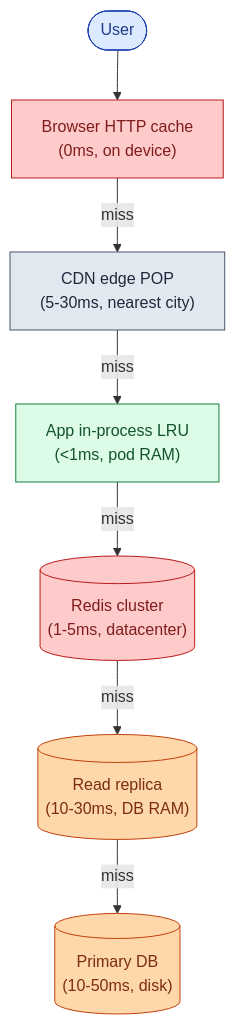
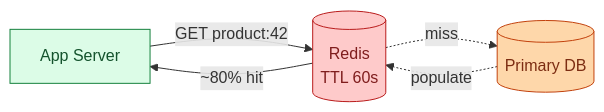
Before and after one commit to shiningflash/shiningflash.github.io: the second of 23 diagrams in _practice/system-design/017-read-heavy-patterns.md, drawn with Mermaid. The commit also changed other lines of this file and 18 other files, not shown here.

````diff
--- a/_practice/system-design/017-read-heavy-patterns.md
+++ b/_practice/system-design/017-read-heavy-patterns.md
@@ -77,15 +61,11 @@
 ```mermaid
-flowchart TD
-    R([User]):::user --> B["Browser HTTP cache<br/>(0ms, on device)"]:::cache
-    B -->|miss| C["CDN edge POP<br/>(5-30ms, nearest city)"]:::edge
-    C -->|miss| L["App in-process LRU<br/>(&lt;1ms, pod RAM)"]:::app
-    L -->|miss| Redis[("Redis cluster<br/>(1-5ms, datacenter)")]:::cache
-    Redis -->|miss| Rep[("Read replica<br/>(10-30ms, DB RAM)")]:::db
-    Rep -->|miss| P[("Primary DB<br/>(10-50ms, disk)")]:::db
+flowchart LR
+    App["App Server"]:::app -->|"GET product:42"| Redis[("Redis\nTTL 60s")]:::cache
+    Redis -->|"~80% hit"| App
+    Redis -.miss.-> DB[("Primary DB")]:::db
+    DB -.populate.-> Redis
 
-    classDef user fill:#dbeafe,stroke:#1e40af,color:#1e3a8a
-    classDef edge fill:#e2e8f0,stroke:#475569,color:#1e293b
     classDef app fill:#dcfce7,stroke:#15803d,color:#14532d
     classDef cache fill:#fecaca,stroke:#b91c1c,color:#7f1d1d
     classDef db fill:#fed7aa,stroke:#c2410c,color:#7c2d12
 ```
````
